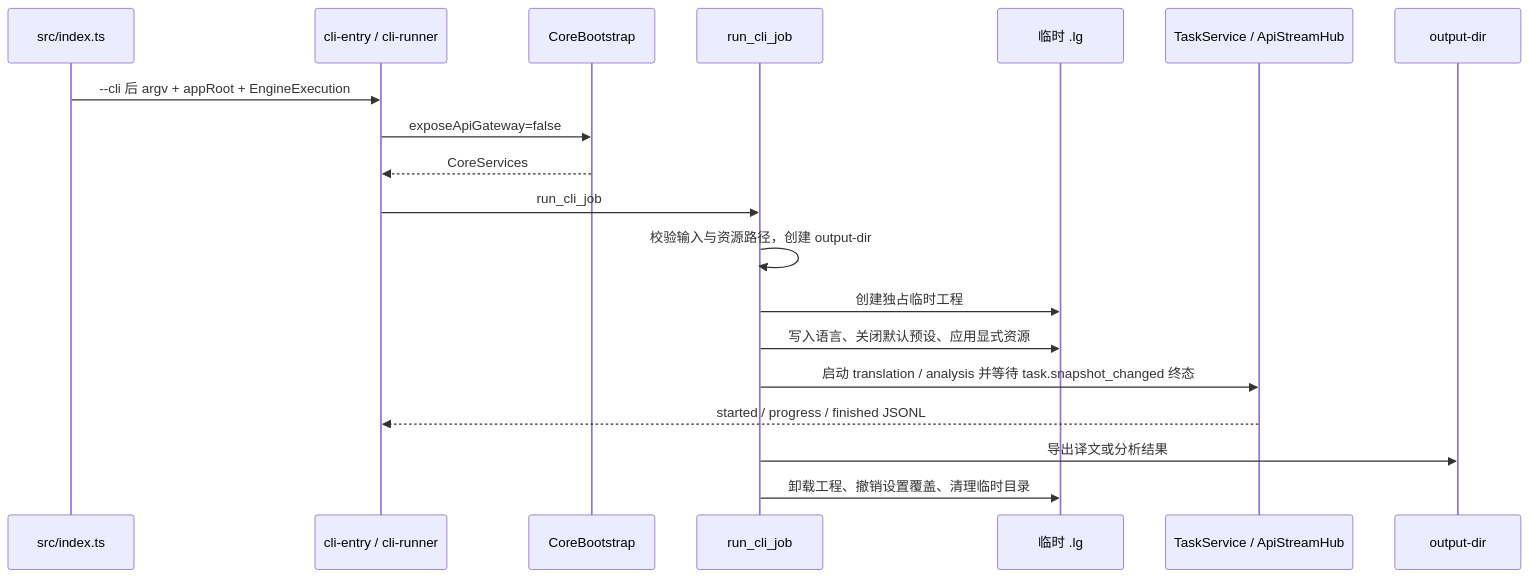
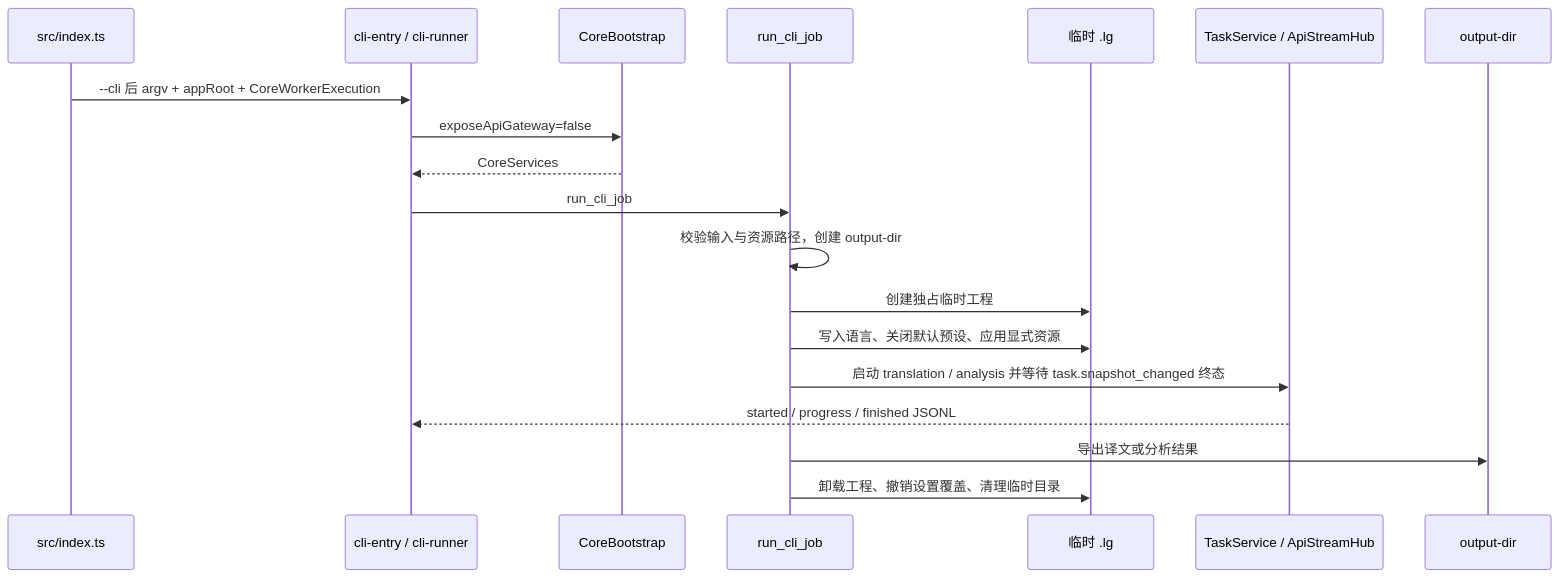
The diagram in docs/CLI.md (neavo/LinguaGacha), drawn with Mermaid before and after one commit. The commit also changed other lines of this file and 90 other files, not shown here.

````diff
--- a/docs/CLI.md
+++ b/docs/CLI.md
@@ -29,22 +29,22 @@
 ```mermaid
 sequenceDiagram
   participant Entry as src/index.ts
   participant CLI as cli-entry / cli-runner
   participant Core as CoreBootstrap
   participant Job as run_cli_job
   participant Temp as 临时 .lg
   participant Task as TaskService / ApiStreamHub
   participant Out as output-dir
 
-  Entry->>CLI: --cli 后 argv + appRoot + EngineExecution
+  Entry->>CLI: --cli 后 argv + appRoot + CoreWorkerExecution
   CLI->>Core: exposeApiGateway=false
   Core-->>CLI: CoreServices
   CLI->>Job: run_cli_job
   Job->>Job: 校验输入与资源路径，创建 output-dir
   Job->>Temp: 创建独占临时工程
   Job->>Temp: 写入语言、关闭默认预设、应用显式资源
   Job->>Task: 启动 translation / analysis 并等待 task.snapshot_changed 终态
   Task-->>CLI: started / progress / finished JSONL
   Job->>Out: 导出译文或分析结果
   Job->>Temp: 卸载工程、撤销设置覆盖、清理临时目录
 ```
````
